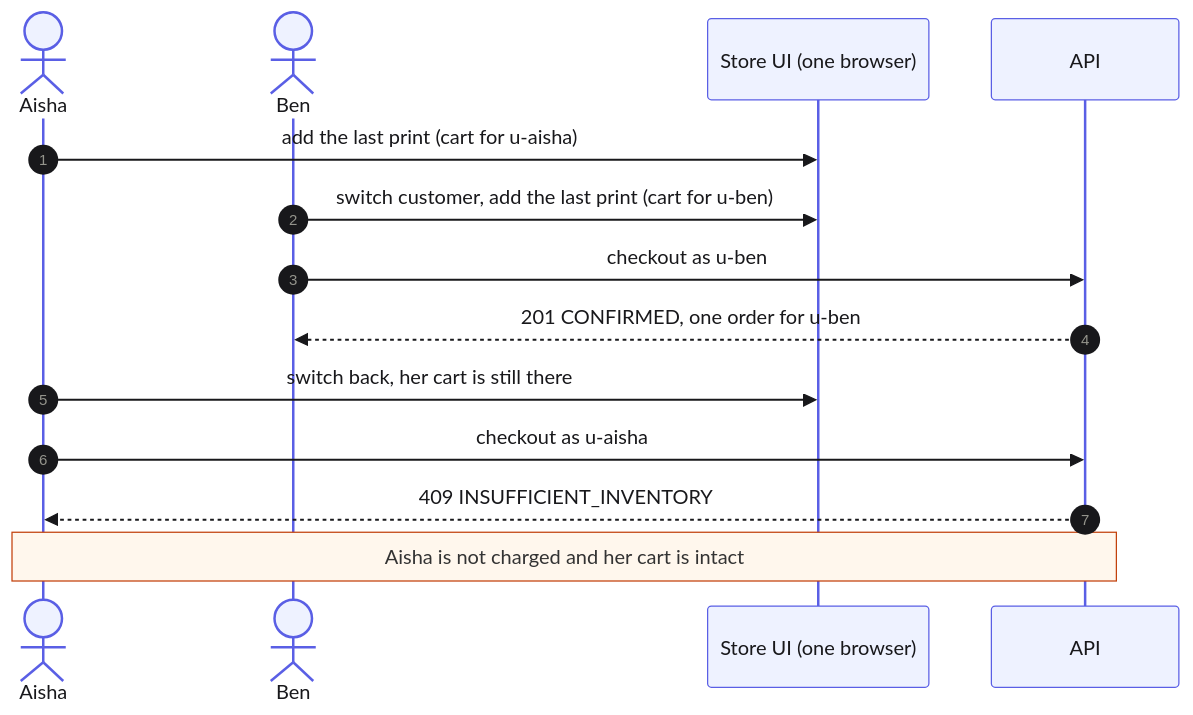
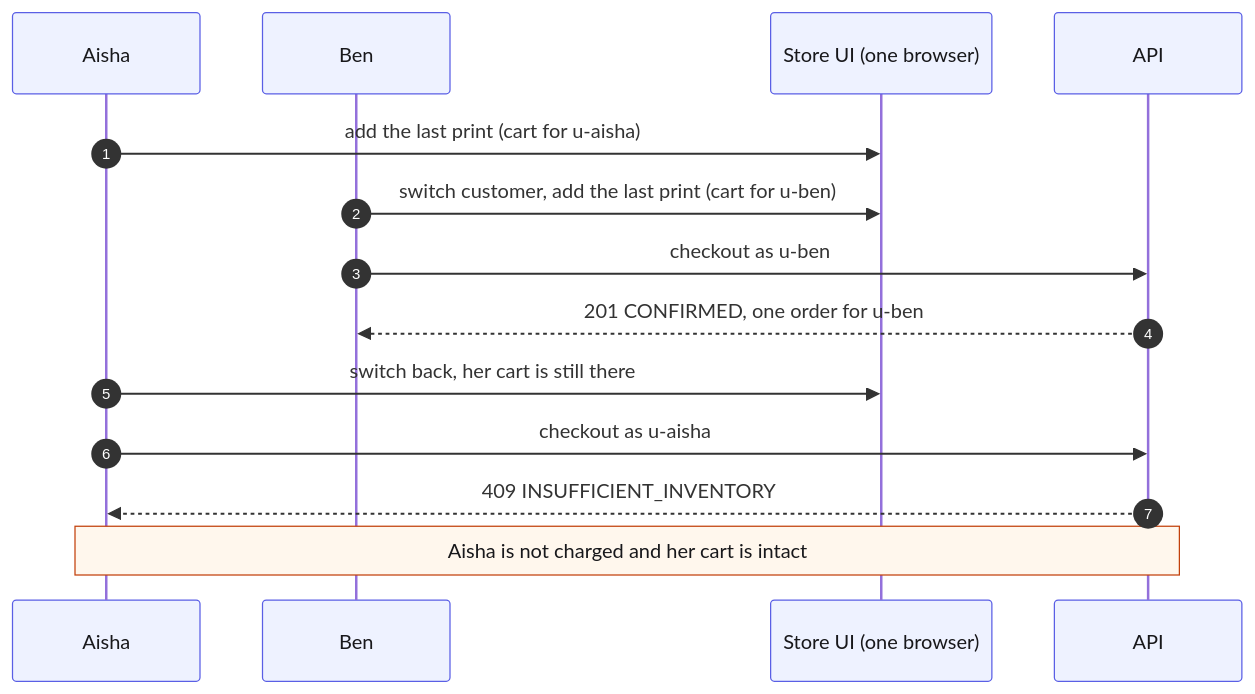
One commit to rahuljhas/ublinox changed the eighth of 9 diagrams in DECISIONS.md. Above: the diagram before and after it, drawn with Mermaid. The commit also changed other lines of this file, not shown here.

Commit message:
Make diagrams readable in light and dark mode: let arrows and labels follow the viewer's theme

````diff
--- a/DECISIONS.md
+++ b/DECISIONS.md
@@ -720,17 +720,17 @@
 ```mermaid
-%%{init: {'theme': 'base', 'themeVariables': {'primaryColor': '#eef2ff', 'primaryBorderColor': '#5a5fe5', 'primaryTextColor': '#18181b', 'lineColor': '#6b6b73', 'actorBkg': '#eef2ff', 'actorBorder': '#5a5fe5', 'noteBkgColor': '#fff7ed', 'noteBorderColor': '#c2410c'}}}%%
+%%{init: {'themeVariables': {'primaryColor': '#eef2ff', 'primaryBorderColor': '#5a5fe5', 'primaryTextColor': '#18181b', 'clusterBkg': 'transparent', 'clusterBorder': '#8c8ca1', 'actorBkg': '#eef2ff', 'actorBorder': '#5a5fe5', 'actorTextColor': '#18181b', 'noteBkgColor': '#fff7ed', 'noteBorderColor': '#c2410c', 'noteTextColor': '#18181b'}}}%%
 sequenceDiagram
   autonumber
-  actor Aisha
-  actor Ben
+  participant Aisha
+  participant Ben
   participant UI as Store UI (one browser)
   participant API
   Aisha->>UI: add the last print (cart for u-aisha)
   Ben->>UI: switch customer, add the last print (cart for u-ben)
   Ben->>API: checkout as u-ben
   API-->>Ben: 201 CONFIRMED, one order for u-ben
   Aisha->>UI: switch back, her cart is still there
   Aisha->>API: checkout as u-aisha
   API-->>Aisha: 409 INSUFFICIENT_INVENTORY
   Note over Aisha,API: Aisha is not charged and her cart is intact
 ```
````
